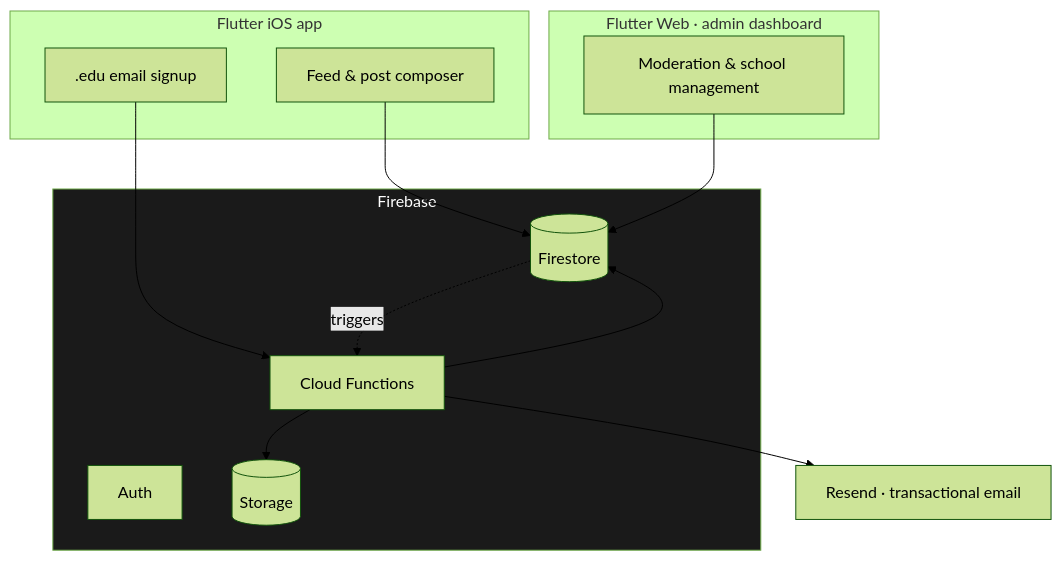
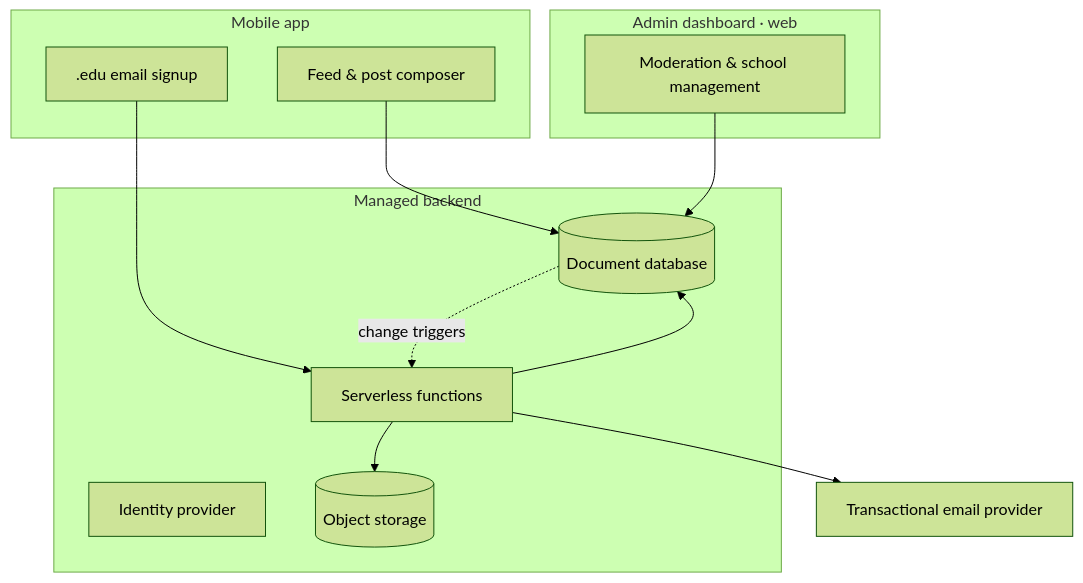
One commit to JungeuiLee/bamboo_architecture changed the diagram in README.md. Above: the diagram before and after it, drawn with Mermaid (forest theme). The commit also changed other lines of this file, not shown here.

````diff
--- a/README.md
+++ b/README.md
@@ -40,30 +39,28 @@
 ```mermaid
 flowchart TB
-    subgraph client[Flutter iOS app]
+    subgraph client[Mobile app]
         feed[Feed & post composer]
         auth[.edu email signup]
     end
 
-    subgraph admin[Flutter Web · admin dashboard]
+    subgraph admin[Admin dashboard · web]
         mod[Moderation & school management]
     end
 
-    subgraph firebase[Firebase]
-        fsauth[Auth]
-        fs[(Firestore)]
-        storage[(Storage)]
-        fn[Cloud Functions]
+    subgraph backend[Managed backend]
+        idp[Identity provider]
+        db[(Document database)]
+        blob[(Object storage)]
+        fn[Serverless functions]
     end
 
-    resend[Resend · transactional email]
+    mail[Transactional email provider]
 
-    feed --> fs
+    feed --> db
     auth --> fn
-    mod --> fs
-    fn --> resend
-    fn --> fs
-    fn --> storage
-    fs -. triggers .-> fn
-
-    style firebase fill:#1a1a1a,color:#fff
+    mod --> db
+    fn --> mail
+    fn --> db
+    fn --> blob
+    db -. change triggers .-> fn
 ```
````
